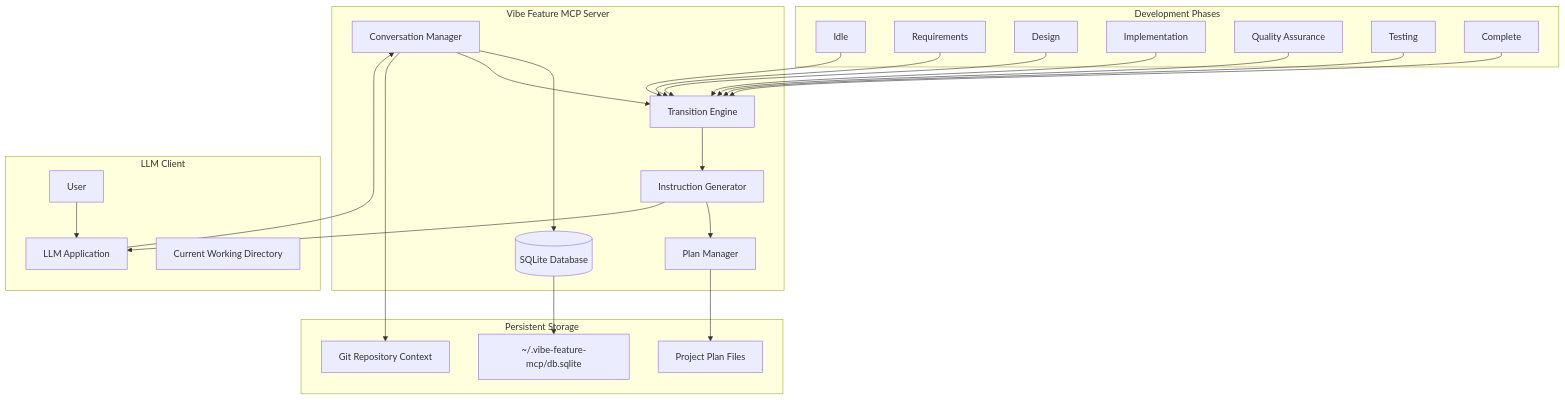
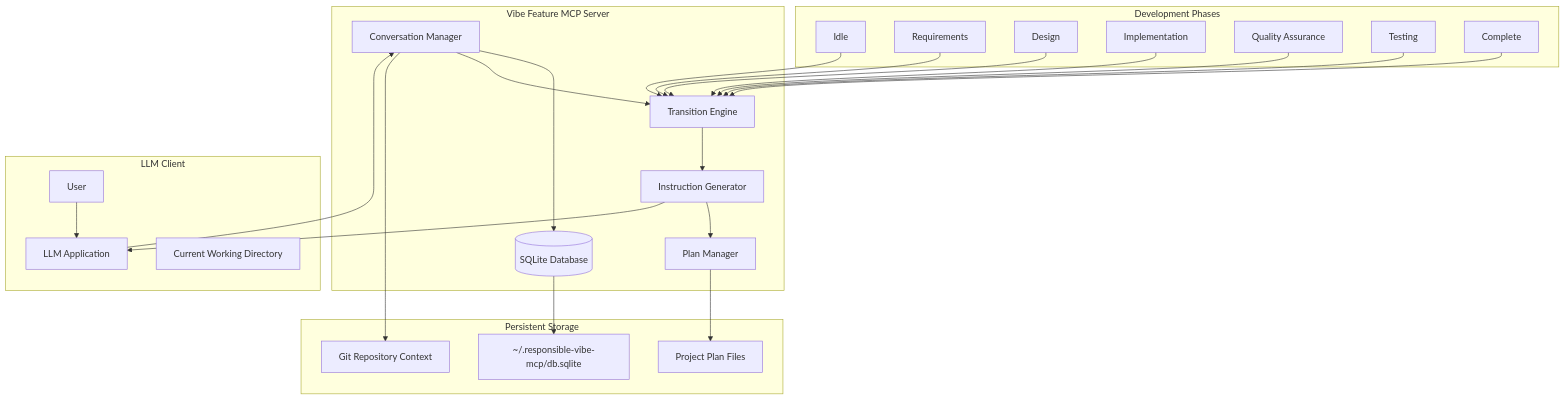
One commit to yovannyr/responsible-vibe-mcp changed the first of 4 diagrams in README.md. Above: the diagram before and after it, drawn with Mermaid. The commit also changed other lines of this file and 19 other files, not shown here.

Commit message:
rename project to responsible-vibe

````diff
--- a/README.md
+++ b/README.md
@@ -35,53 +35,53 @@
 ```mermaid
 graph TB
     subgraph "Vibe Feature MCP Server"
         CM[Conversation Manager]
         TM[Transition Engine]
         IM[Instruction Generator]
         PM[Plan Manager]
         DB[(SQLite Database)]
     end
     
     subgraph "Development Phases"
         IDLE[Idle]
         REQ[Requirements]
         DES[Design]
         IMP[Implementation]
         QA[Quality Assurance]
         TEST[Testing]
         COMP[Complete]
     end
     
     subgraph "Persistent Storage"
-        DBFILE[~/.vibe-feature-mcp/db.sqlite]
+        DBFILE[~/.responsible-vibe-mcp/db.sqlite]
         PF[Project Plan Files]
         GIT[Git Repository Context]
     end
     
     subgraph "LLM Client"
         LLM[LLM Application]
         USER[User]
         CWD[Current Working Directory]
     end
     
     USER --> LLM
     LLM --> CM
     CM --> DB
     CM --> TM
     TM --> IM
     IM --> PM
     
     DB --> DBFILE
     PM --> PF
     CM --> GIT
     
     IDLE --> TM
     REQ --> TM
     DES --> TM
     IMP --> TM
     QA --> TM
     TEST --> TM
     COMP --> TM
     
     IM --> LLM
 ```
````
